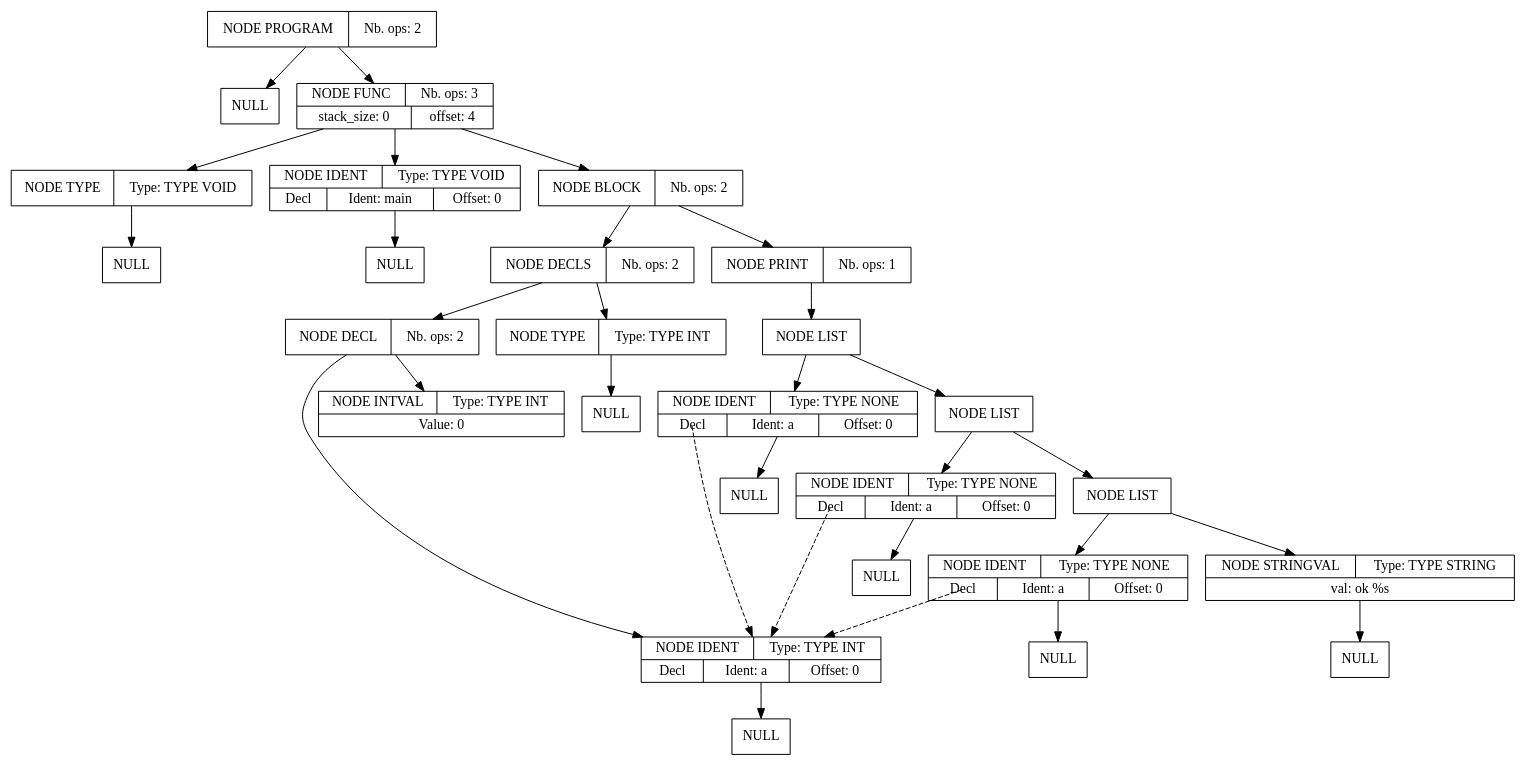
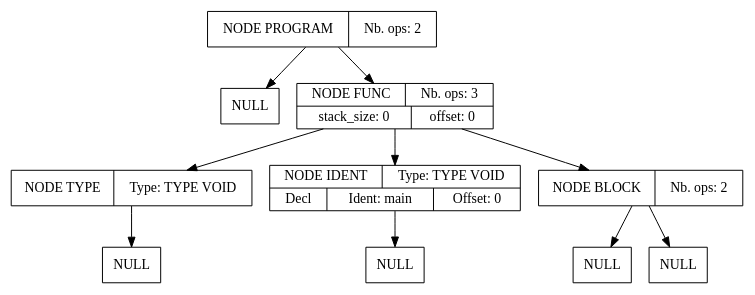
The diagram in projet_compilation_src/src/fichier_dump_fin.dot (Serial-DeV/Compilation), drawn with Graphviz before and after one commit. The commit also changed 14 other files, not shown here.

```diff
--- a/projet_compilation_src/src/fichier_dump_fin.dot
+++ b/projet_compilation_src/src/fichier_dump_fin.dot
@@ -1,87 +1,30 @@
 digraph global_vars {
     N1 [shape=record, label="{{NODE PROGRAM|Nb. ops: 2}}"];
     N2 [shape=record, label="{{NULL}}"];
     edge[tailclip=true];
     N1 -> N2
-    N3 [shape=record, label="{{NODE FUNC|Nb. ops: 3}|{stack_size: 0|offset: 4}}"];
+    N3 [shape=record, label="{{NODE FUNC|Nb. ops: 3}|{stack_size: 0|offset: 0}}"];
     N4 [shape=record, label="{{NODE TYPE|Type: TYPE VOID}}"];
     N5 [shape=record, label="{{NULL}}"];
     edge[tailclip=true];
     N4 -> N5
     edge[tailclip=true];
     N3 -> N4
     N6 [shape=record, label="{{NODE IDENT|Type: TYPE VOID}|{<decl>Decl      |Ident: main|Offset: 0}}"];
     N7 [shape=record, label="{{NULL}}"];
     edge[tailclip=true];
     N6 -> N7
     edge[tailclip=true];
     N3 -> N6
     N8 [shape=record, label="{{NODE BLOCK|Nb. ops: 2}}"];
-    N9 [shape=record, label="{{NODE DECLS|Nb. ops: 2}}"];
-    N10 [shape=record, label="{{NODE TYPE|Type: TYPE INT}}"];
-    N11 [shape=record, label="{{NULL}}"];
-    edge[tailclip=true];
-    N10 -> N11
-    edge[tailclip=true];
-    N9 -> N10
-    N12 [shape=record, label="{{NODE DECL|Nb. ops: 2}}"];
-    N13 [shape=record, label="{{NODE IDENT|Type: TYPE INT}|{<decl>Decl      |Ident: a|Offset: 0}}"];
-    N14 [shape=record, label="{{NULL}}"];
-    edge[tailclip=true];
-    N13 -> N14
-    edge[tailclip=true];
-    N12 -> N13
-    N15 [shape=record, label="{{NODE INTVAL|Type: TYPE INT}|{Value: 0}}"];
-    edge[tailclip=true];
-    N12 -> N15
-    edge[tailclip=true];
-    N9 -> N12
+    N9 [shape=record, label="{{NULL}}"];
     edge[tailclip=true];
     N8 -> N9
-    N16 [shape=record, label="{{NODE PRINT|Nb. ops: 1}}"];
-    N17 [shape=record, label="{{NODE LIST}}"];
-    N18 [shape=record, label="{{NODE LIST}}"];
-    N19 [shape=record, label="{{NODE LIST}}"];
-    N20 [shape=record, label="{{NODE STRINGVAL|Type: TYPE STRING}|{val: ok %s}}"];
-    N21 [shape=record, label="{{NULL}}"];
+    N10 [shape=record, label="{{NULL}}"];
     edge[tailclip=true];
-    N20 -> N21
-    edge[tailclip=true];
-    N19 -> N20
-    N22 [shape=record, label="{{NODE IDENT|Type: TYPE NONE}|{<decl>Decl      |Ident: a|Offset: 0}}"];
-    edge[tailclip=false];
-    "N22":decl:c -> "N13" [style=dashed]
-    N23 [shape=record, label="{{NULL}}"];
-    edge[tailclip=true];
-    N22 -> N23
-    edge[tailclip=true];
-    N19 -> N22
-    edge[tailclip=true];
-    N18 -> N19
-    N24 [shape=record, label="{{NODE IDENT|Type: TYPE NONE}|{<decl>Decl      |Ident: a|Offset: 0}}"];
-    edge[tailclip=false];
-    "N24":decl:c -> "N13" [style=dashed]
-    N25 [shape=record, label="{{NULL}}"];
-    edge[tailclip=true];
-    N24 -> N25
-    edge[tailclip=true];
-    N18 -> N24
-    edge[tailclip=true];
-    N17 -> N18
-    N26 [shape=record, label="{{NODE IDENT|Type: TYPE NONE}|{<decl>Decl      |Ident: a|Offset: 0}}"];
-    edge[tailclip=false];
-    "N26":decl:c -> "N13" [style=dashed]
-    N27 [shape=record, label="{{NULL}}"];
-    edge[tailclip=true];
-    N26 -> N27
-    edge[tailclip=true];
-    N17 -> N26
-    edge[tailclip=true];
-    N16 -> N17
-    edge[tailclip=true];
-    N8 -> N16
+    N8 -> N10
     edge[tailclip=true];
     N3 -> N8
     edge[tailclip=true];
     N1 -> N3
 }
```
